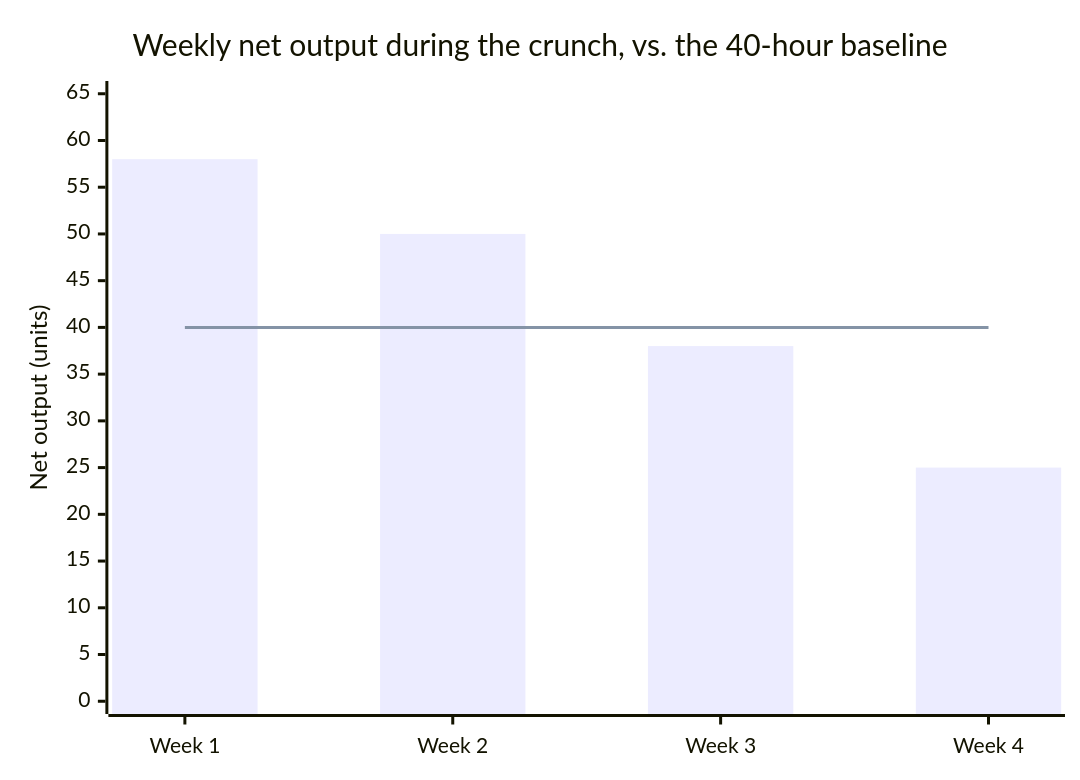
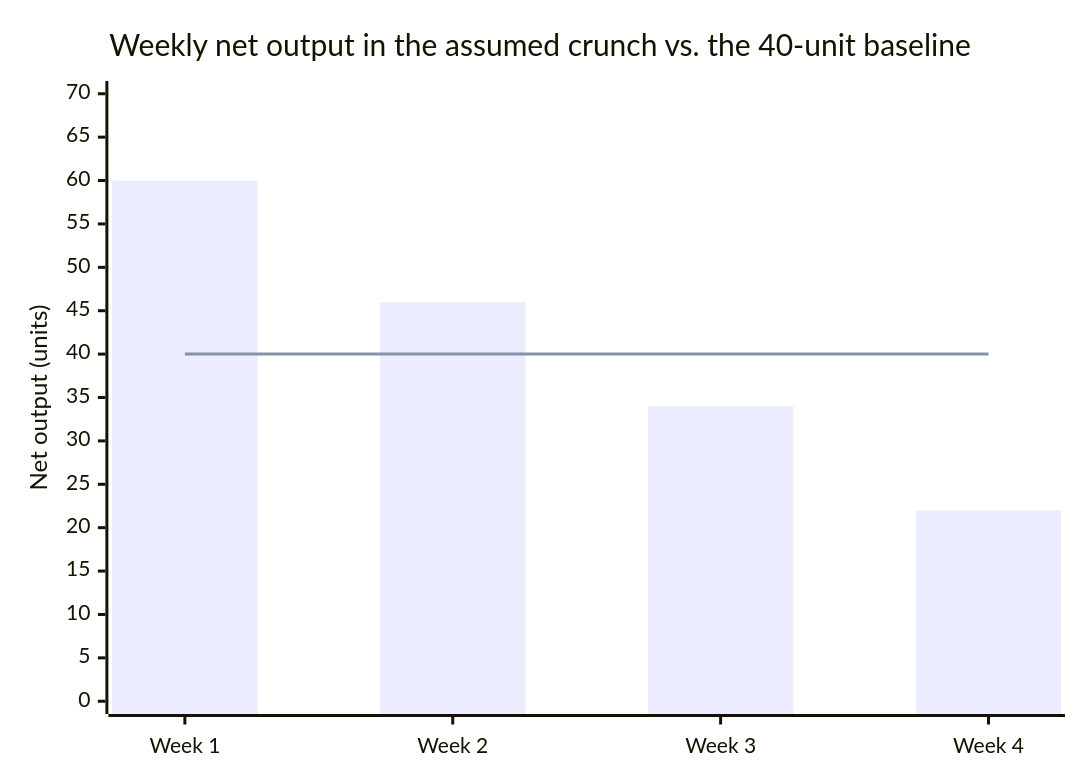
One commit to francoandreDev/knowledge changed the diagram in src/content/sustainable-performance/myth-linear-output/L3-deep-dive.mdx. Above: the diagram before and after it, drawn with Mermaid. The commit also changed other lines of this file and 17 other files, not shown here.

Commit message:
Migrate design closing units and sustainable-performance batch 1 (dark-patterns-ethics, design-debt-at-scale, myth-linear-output, early-warning-signs) to the three-tier exercise model

````diff
--- a/src/content/sustainable-performance/myth-linear-output/L3-deep-dive.mdx
+++ b/src/content/sustainable-performance/myth-linear-output/L3-deep-dive.mdx
@@ -72,8 +67,8 @@
 ```mermaid
 xychart-beta
-    title "Weekly net output during the crunch, vs. the 40-hour baseline"
+    title "Weekly net output in the assumed crunch vs. the 40-unit baseline"
     x-axis ["Week 1", "Week 2", "Week 3", "Week 4"]
-    y-axis "Net output (units)" 0 --> 65
-    bar [58, 50, 38, 25]
+    y-axis "Net output (units)" 0 --> 70
+    bar [60, 46, 34, 22]
     line [40, 40, 40, 40]
 ```
````
